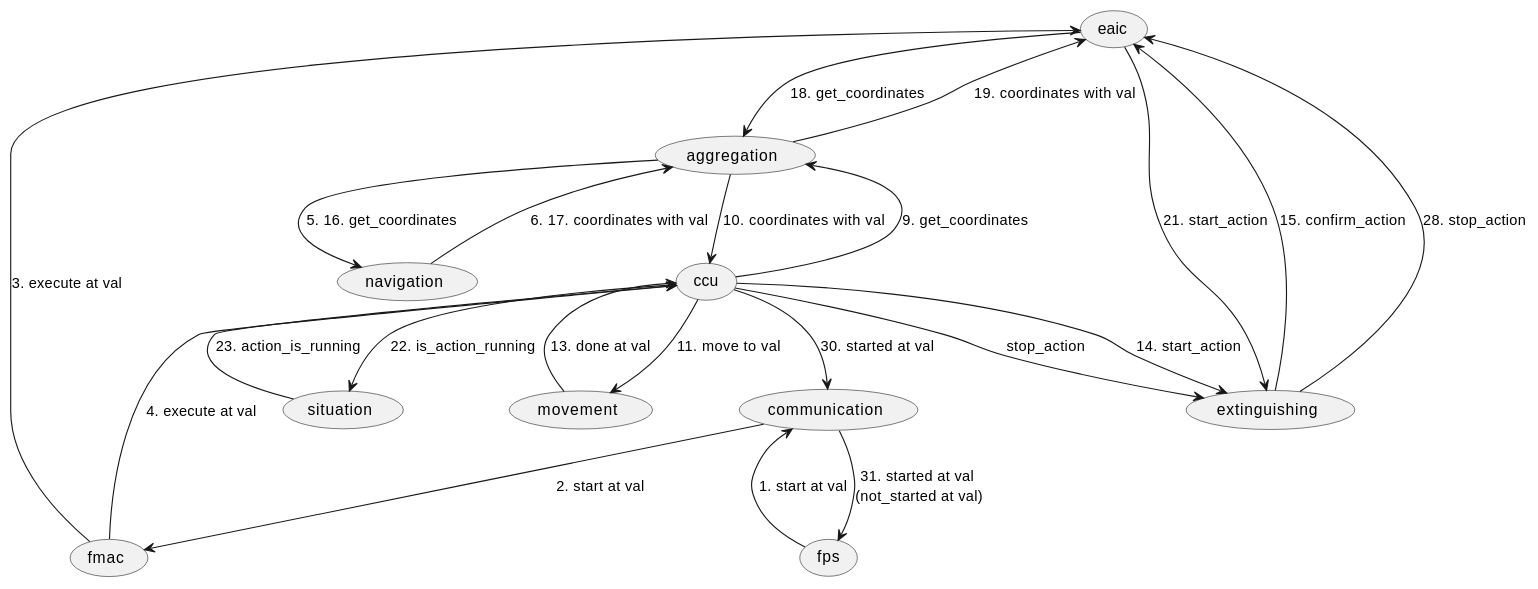
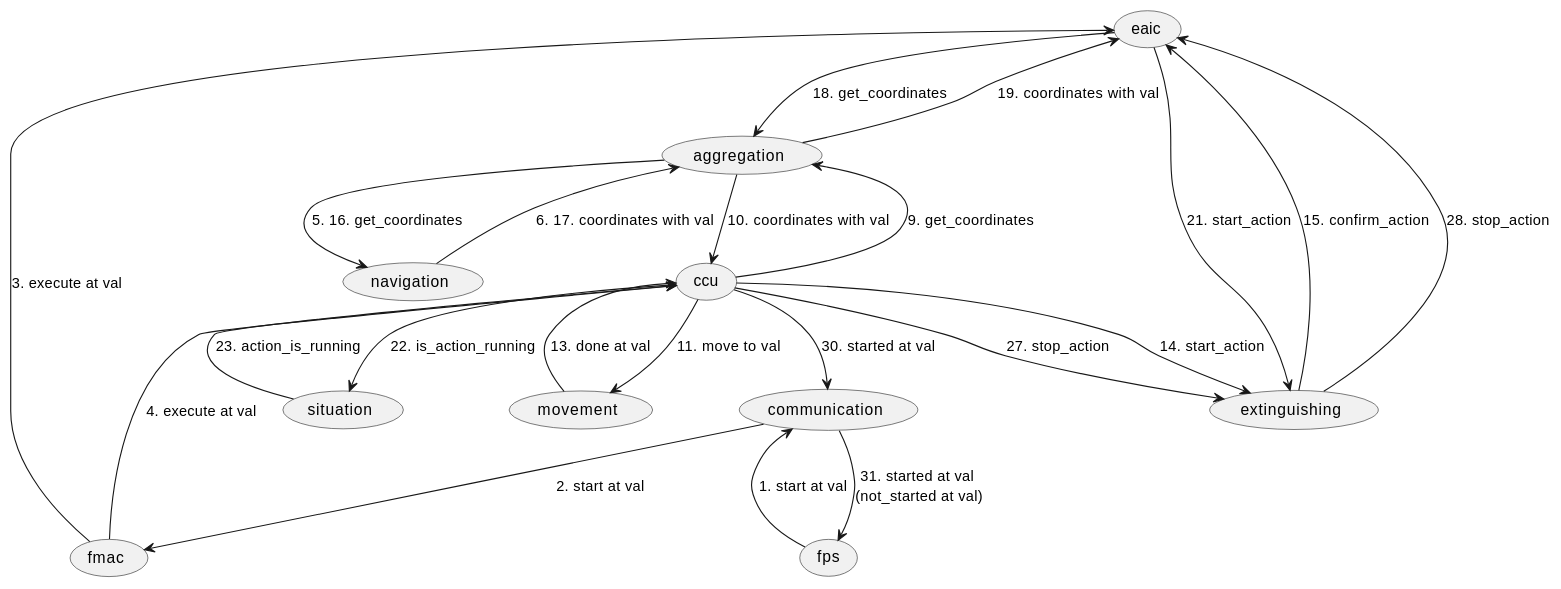
The diagram in dev.md (YuraBeznos/FireFighter-drone), drawn with PlantUML before and after one commit. The commit also changed 4 other files, not shown here.

````diff
--- a/dev.md
+++ b/dev.md
@@ -36,25 +36,25 @@
 ```plantuml:md-interconnection
 @startuml
 (fps) --> (communication) : 1. start at val
 communication --> (fmac) : 2. start at val
 communication --> (fps) : 31. started at val \n(not_started at val)
 fmac --> (eaic) : 3. execute at val
 fmac --> (ccu) : 4. execute at val
 eaic -> (aggregation) : 18. get_coordinates
 eaic --> (extinguishing) : 21. start_action
 ccu -> (aggregation) : 9. get_coordinates
 ccu --> (movement) : 11. move to val
 ccu --> (extinguishing) : 14. start_action
-ccu --> (extinguishing) : stop_action
+ccu --> (extinguishing) : 27. stop_action
 ccu --> (situation) : 22. is_action_running
 ccu --> (communication) : 30. started at val
 aggregation --> (navigation) : 5. 16. get_coordinates
 aggregation --> (ccu) : 10. coordinates with val
 aggregation --> (eaic) : 19. coordinates with val
 navigation --> (aggregation) : 6. 17. coordinates with val
 movement --> (ccu) : 13. done at val
 situation --> (ccu) : 23. action_is_running
 extinguishing --> (eaic) : 15. confirm_action
 extinguishing --> (eaic) : 28. stop_action
 @enduml
 ```
````
